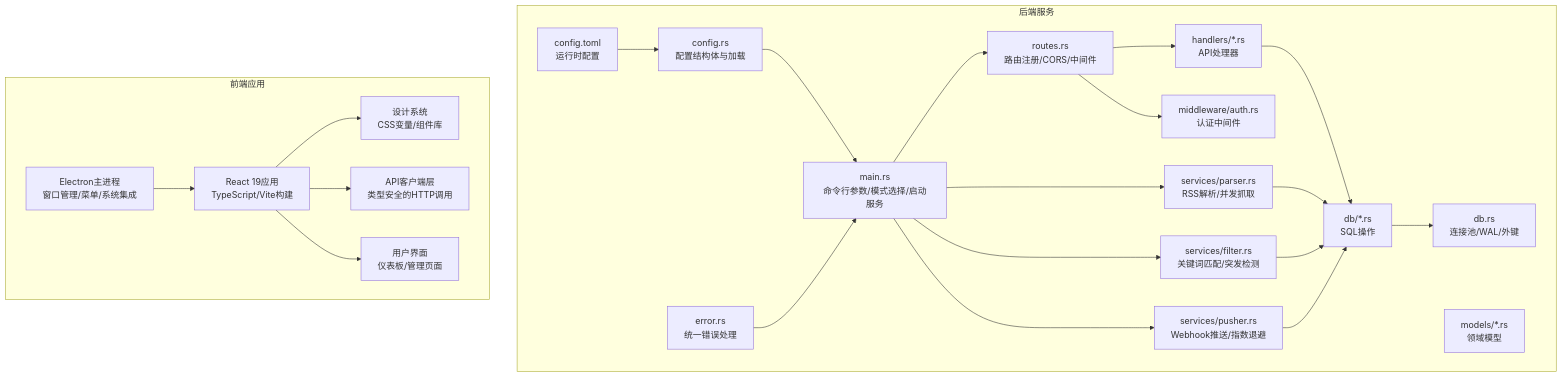
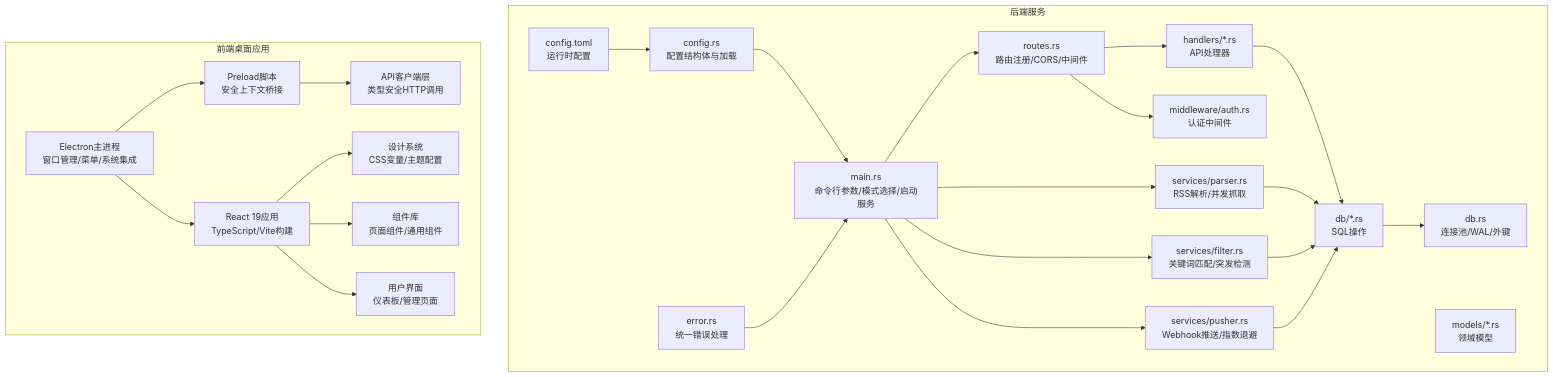
One commit to leimu-hue/AI-Trend-Tool changed the first of 13 diagrams in .qoder/repowiki/zh/content/开发指南/开发指南.md. Above: the diagram before and after it, drawn with Mermaid. The commit also changed other lines of this file and 74 other files, not shown here.

````diff
--- a/.qoder/repowiki/zh/content/开发指南/开发指南.md
+++ b/.qoder/repowiki/zh/content/开发指南/开发指南.md
@@ -86,43 +106,47 @@
 ```mermaid
 graph TB
 subgraph "后端服务"
 MAIN["main.rs<br/>命令行参数/模式选择/启动服务"]
 CFG["config.rs<br/>配置结构体与加载"]
 CTOML["config.toml<br/>运行时配置"]
 ROUTES["routes.rs<br/>路由注册/CORS/中间件"]
 HANDLERS["handlers/*.rs<br/>API处理器"]
 MWARE["middleware/auth.rs<br/>认证中间件"]
 SVC_PARSER["services/parser.rs<br/>RSS解析/并发抓取"]
 SVC_FILTER["services/filter.rs<br/>关键词匹配/突发检测"]
 SVC_PUSHER["services/pusher.rs<br/>Webhook推送/指数退避"]
 DBMOD["db.rs<br/>连接池/WAL/外键"]
 MODELS["models/*.rs<br/>领域模型"]
 DAO["db/*.rs<br/>SQL操作"]
 ERROR["error.rs<br/>统一错误处理"]
 end
-subgraph "前端应用"
+subgraph "前端桌面应用"
 ELECTRON["Electron主进程<br/>窗口管理/菜单/系统集成"]
+PRELOAD["Preload脚本<br/>安全上下文桥接"]
 REACT["React 19应用<br/>TypeScript/Vite构建"]
-DESIGN["设计系统<br/>CSS变量/组件库"]
-API_CLIENT["API客户端层<br/>类型安全的HTTP调用"]
+THEME["设计系统<br/>CSS变量/主题配置"]
+API_CLIENT["API客户端层<br/>类型安全HTTP调用"]
+COMPONENTS["组件库<br/>页面组件/通用组件"]
 UI["用户界面<br/>仪表板/管理页面"]
 end
 MAIN --> ROUTES
 MAIN --> SVC_PARSER
 MAIN --> SVC_FILTER
 MAIN --> SVC_PUSHER
 ROUTES --> HANDLERS
 ROUTES --> MWARE
 HANDLERS --> DAO
 SVC_PARSER --> DAO
 SVC_FILTER --> DAO
 SVC_PUSHER --> DAO
 DAO --> DBMOD
 CFG --> MAIN
 CTOML --> CFG
 ERROR --> MAIN
+ELECTRON --> PRELOAD
 ELECTRON --> REACT
-REACT --> DESIGN
-REACT --> API_CLIENT
+PRELOAD --> API_CLIENT
+REACT --> THEME
+REACT --> COMPONENTS
 REACT --> UI
 ```
````
